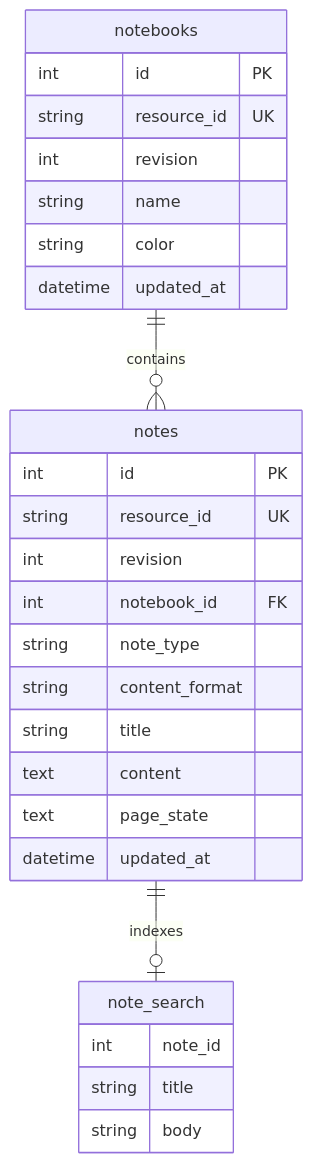
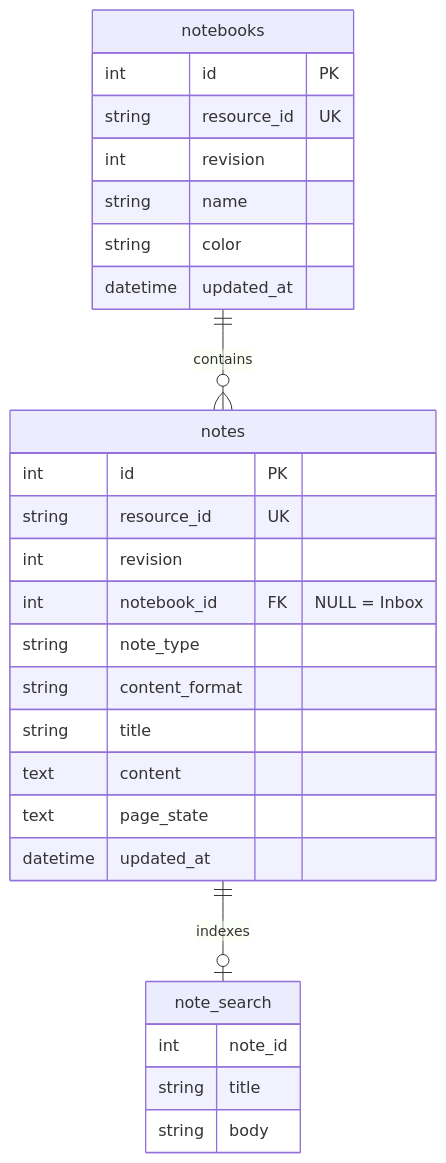
Before and after one commit to abhisheksreesaila/personalnote: the second of 2 diagrams in docs/ARCHITECTURE.md, drawn with Mermaid. The commit also changed other lines of this file and 7 other files, not shown here.

````diff
--- a/docs/ARCHITECTURE.md
+++ b/docs/ARCHITECTURE.md
@@ -123,31 +125,31 @@
 ```mermaid
 erDiagram
     notebooks ||--o{ notes : contains
     notes ||--o| note_search : indexes
 
     notebooks {
         int id PK
         string resource_id UK
         int revision
         string name
         string color
         datetime updated_at
     }
     notes {
         int id PK
         string resource_id UK
         int revision
-        int notebook_id FK
+        int notebook_id FK "NULL = Inbox"
         string note_type
         string content_format
         string title
         text content
         text page_state
         datetime updated_at
     }
     note_search {
         int note_id
         string title
         string body
     }
 ```
````
